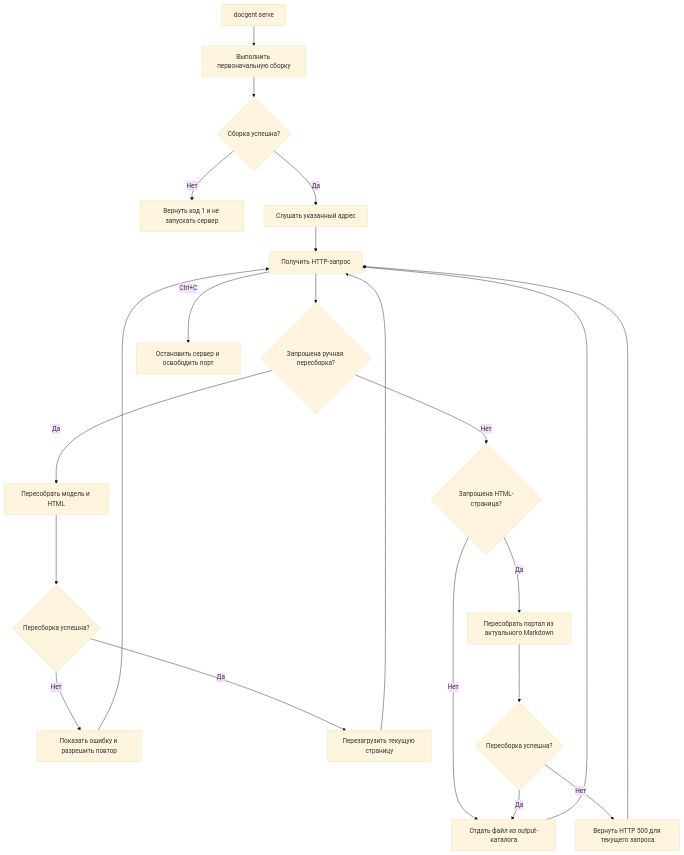
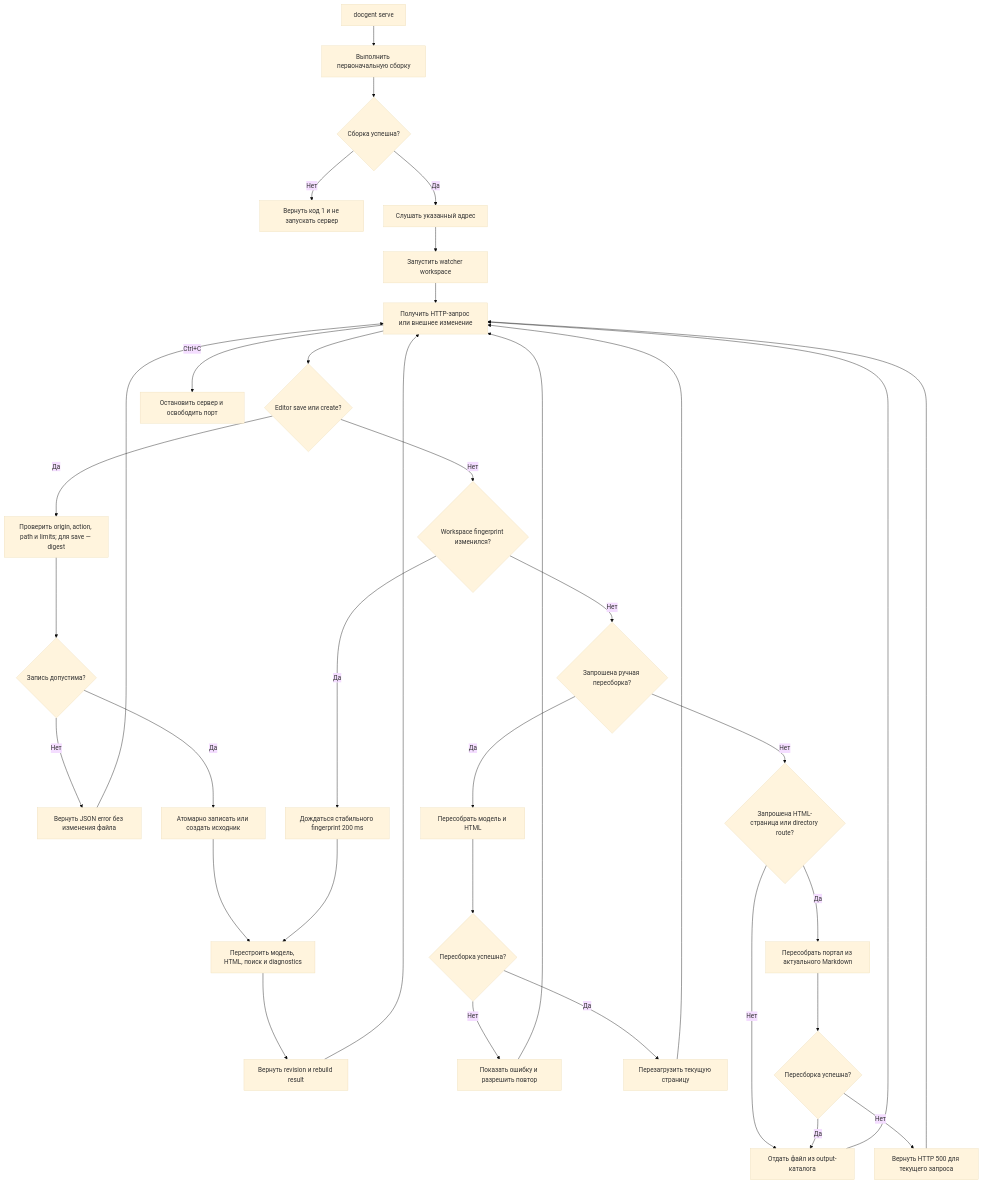
The diagram in docs/flows/FLOW-DOCS-SERVE.md (lumenikoly/toudocu), drawn with Mermaid (base theme) before and after one commit. The commit also changed other lines of this file and 153 other files, not shown here.

````diff
--- a/docs/flows/FLOW-DOCS-SERVE.md
+++ b/docs/flows/FLOW-DOCS-SERVE.md
@@ -14,24 +14,37 @@
 ```mermaid
 flowchart TD
     Start["docgent serve"] --> Build["Выполнить первоначальную сборку"]
     Build --> Built{"Сборка успешна?"}
     Built -->|Нет| Stop["Вернуть код 1 и не запускать сервер"]
     Built -->|Да| Listen["Слушать указанный адрес"]
-    Listen --> Request["Получить HTTP-запрос"]
-    Request --> Manual{"Запрошена ручная пересборка?"}
+    Listen --> Watch["Запустить watcher workspace"]
+    Watch --> Request["Получить HTTP-запрос или внешнее изменение"]
+    Request --> Editor{"Editor save или create?"}
+    Editor -->|Да| Guard["Проверить origin, action, path и limits; для save — digest"]
+    Guard --> Accepted{"Запись допустима?"}
+    Accepted -->|Нет| APIError["Вернуть JSON error без изменения файла"]
+    Accepted -->|Да| Atomic["Атомарно записать или создать исходник"]
+    Atomic --> Rebuild["Перестроить модель, HTML, поиск и diagnostics"]
+    Rebuild --> Publish["Вернуть revision и rebuild result"]
+    Publish --> Request
+    APIError --> Request
+    Editor -->|Нет| External{"Workspace fingerprint изменился?"}
+    External -->|Да| Stable["Дождаться стабильного fingerprint 200 ms"]
+    Stable --> Rebuild
+    External -->|Нет| Manual{"Запрошена ручная пересборка?"}
     Manual -->|Да| ManualRebuild["Пересобрать модель и HTML"]
     ManualRebuild --> ManualResult{"Пересборка успешна?"}
     ManualResult -->|Нет| ManualError["Показать ошибку и разрешить повтор"]
     ManualResult -->|Да| Reload["Перезагрузить текущую страницу"]
     Reload --> Request
     ManualError --> Request
-    Manual -->|Нет| HTML{"Запрошена HTML-страница?"}
+    Manual -->|Нет| HTML{"Запрошена HTML-страница или directory route?"}
     HTML -->|Нет| Static["Отдать файл из output-каталога"]
-    HTML -->|Да| Rebuild["Пересобрать портал из актуального Markdown"]
-    Rebuild --> Rebuilt{"Пересборка успешна?"}
+    HTML -->|Да| HTMLRebuild["Пересобрать портал из актуального Markdown"]
+    HTMLRebuild --> Rebuilt{"Пересборка успешна?"}
     Rebuilt -->|Нет| Error["Вернуть HTTP 500 для текущего запроса"]
     Rebuilt -->|Да| Static
     Static --> Request
     Error --> Request
     Request -->|Ctrl+C| Finish["Остановить сервер и освободить порт"]
 ```
````
